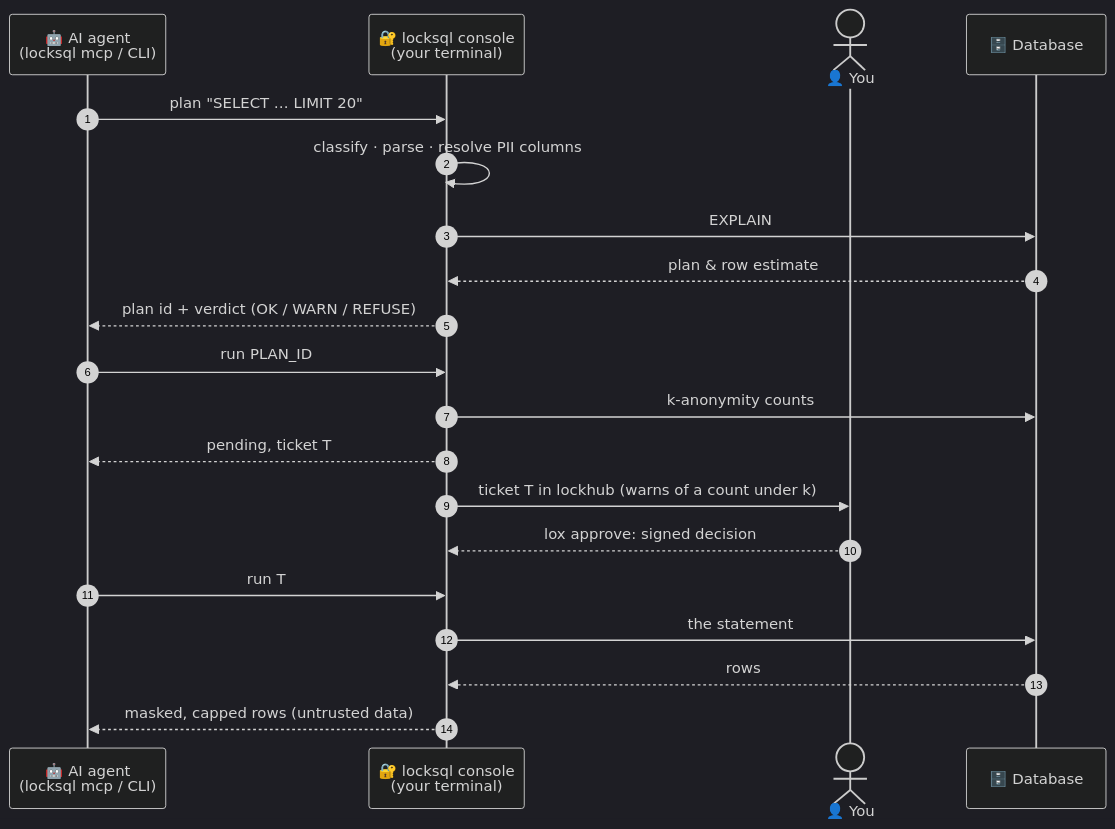
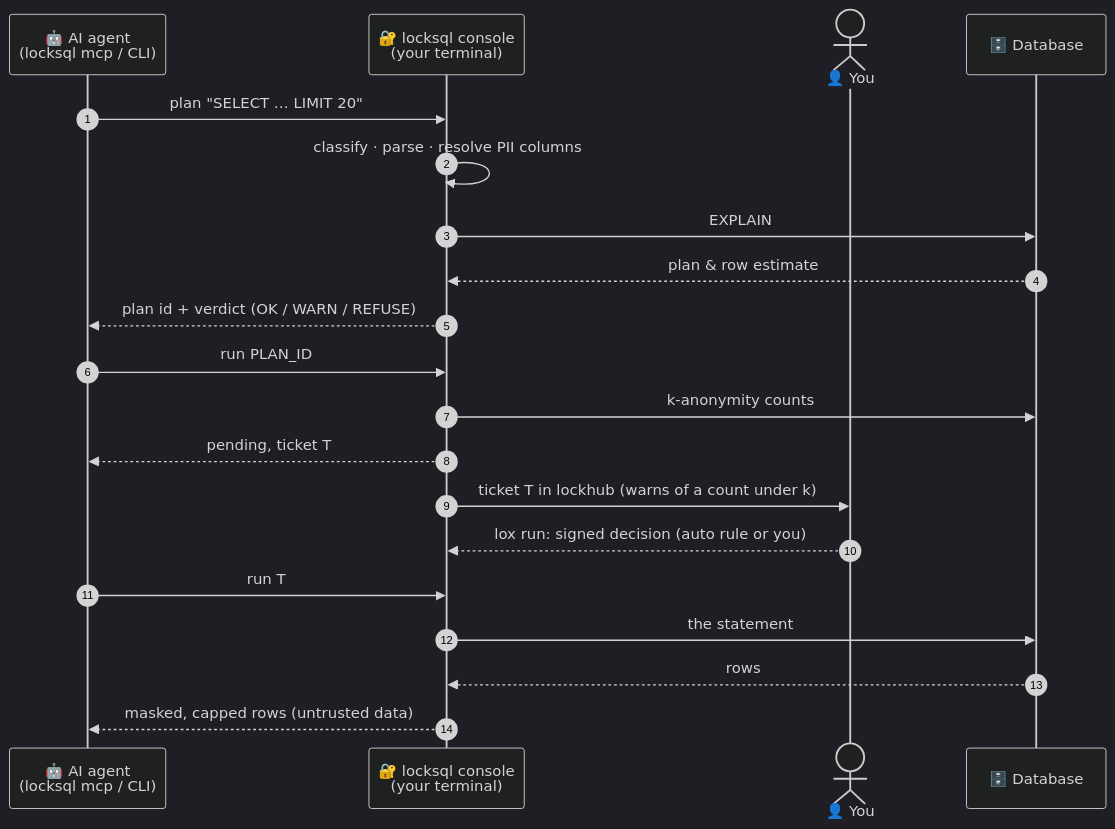
Before and after one commit to DavidGodefroid/locksql: the diagram in docs/architecture.md, drawn with Mermaid (dark theme). The commit also changed other lines of this file and 29 other files, not shown here.

````diff
--- a/docs/architecture.md
+++ b/docs/architecture.md
@@ -9,22 +9,22 @@
 ```mermaid
 sequenceDiagram
     autonumber
     participant A as 🤖 AI agent<br/>(locksql mcp / CLI)
     participant C as 🔐 locksql console<br/>(your terminal)
     actor H as 👤 You
     participant D as 🗄️ Database
     A->>C: plan "SELECT … LIMIT 20"
     C->>C: classify · parse · resolve PII columns
     C->>D: EXPLAIN
     D-->>C: plan & row estimate
     C-->>A: plan id + verdict (OK / WARN / REFUSE)
     A->>C: run PLAN_ID
     C->>D: k-anonymity counts
     C-->>A: pending, ticket T
     C->>H: ticket T in lockhub (warns of a count under k)
-    H-->>C: lox approve: signed decision
+    H-->>C: lox run: signed decision (auto rule or you)
     A->>C: run T
     C->>D: the statement
     D-->>C: rows
     C-->>A: masked, capped rows (untrusted data)
 ```
````
